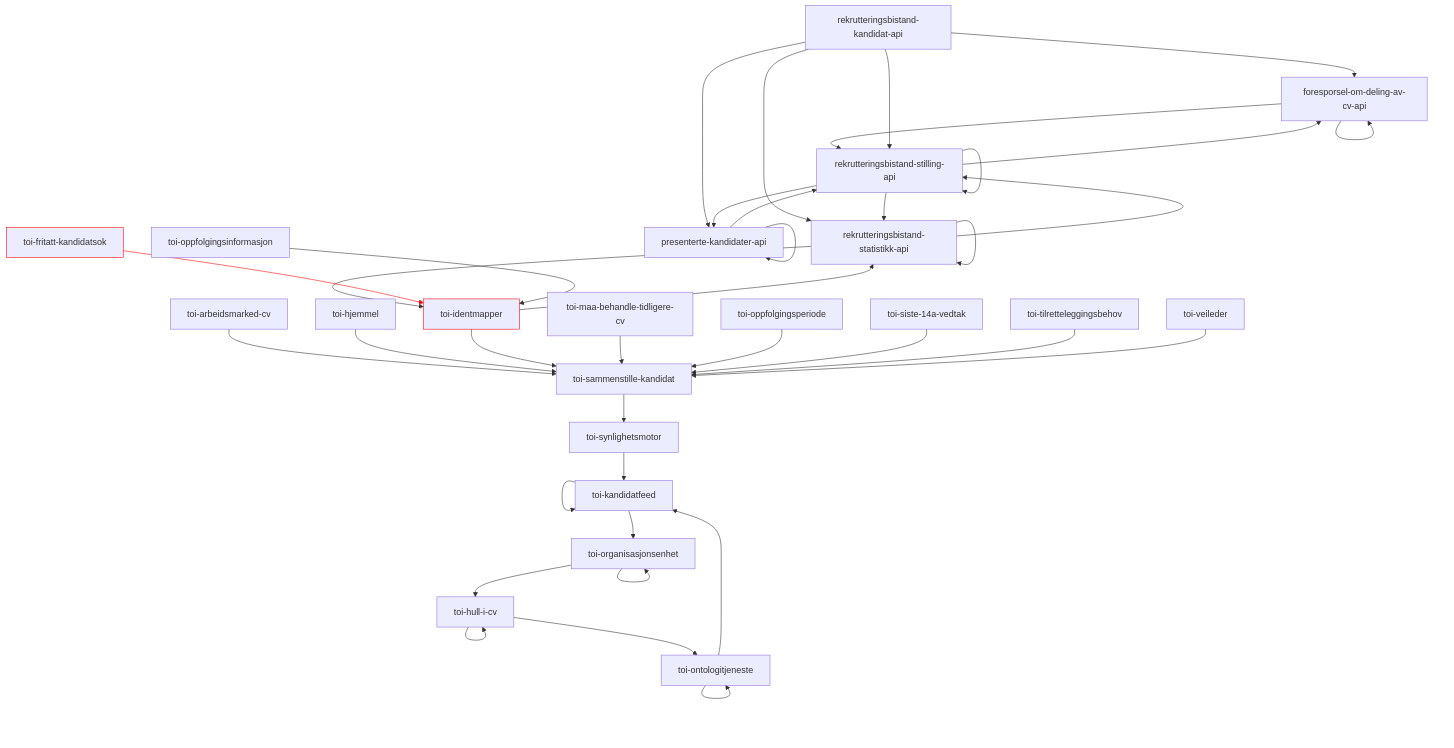
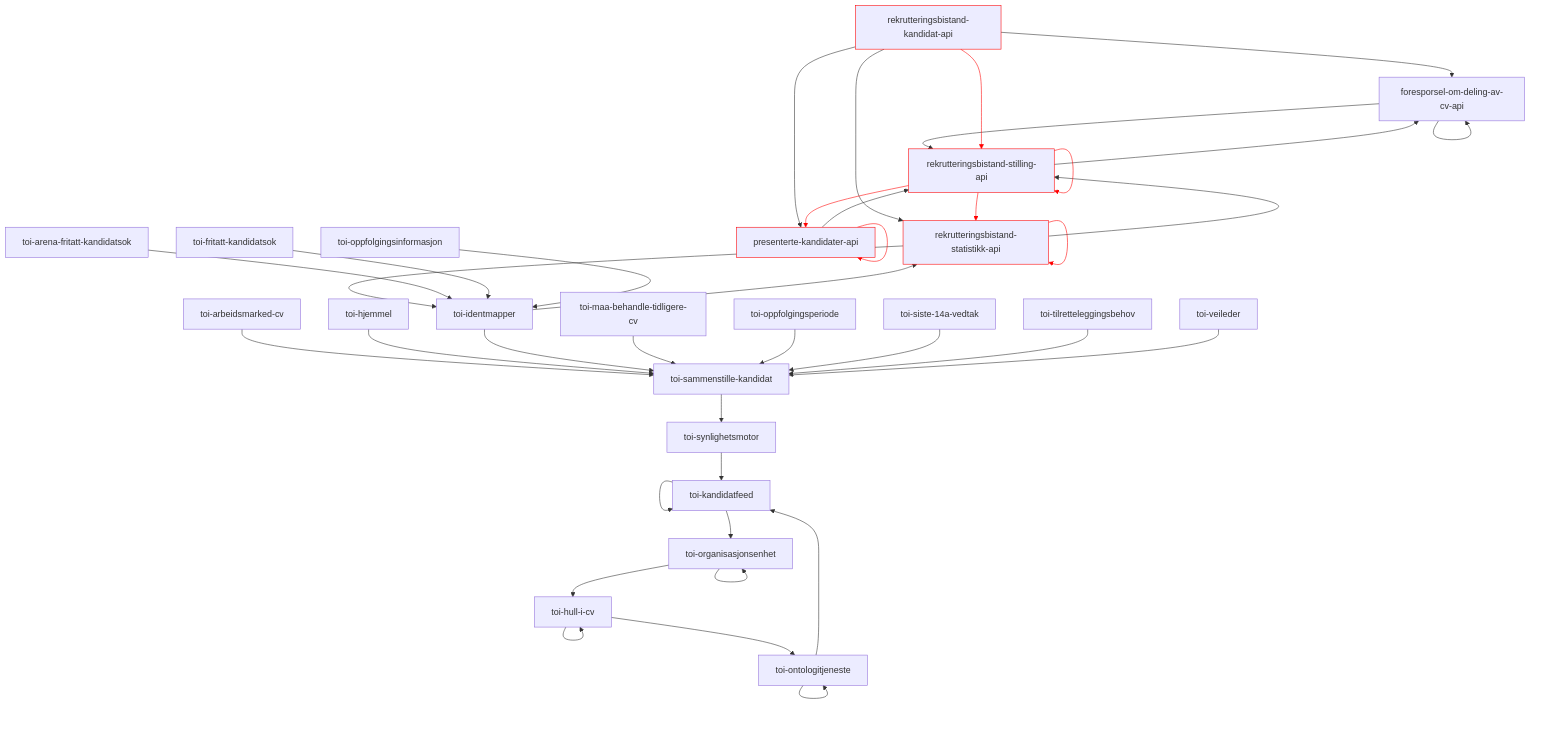
One commit to navikt/toi-rapids-and-rivers-grapher changed diagram 12 of 24 in README.md. Above: the diagram before and after it, drawn with Mermaid. The commit also changed other lines of this file, not shown here.

````diff
--- a/README.md
+++ b/README.md
@@ -503,42 +517,43 @@
 ```mermaid
 graph TD;
 foresporsel-om-deling-av-cv-api --> foresporsel-om-deling-av-cv-api;
 foresporsel-om-deling-av-cv-api --> rekrutteringsbistand-stilling-api;
-presenterte-kandidater-api --> presenterte-kandidater-api;
+presenterte-kandidater-api:::x --> presenterte-kandidater-api:::x;
 presenterte-kandidater-api --> rekrutteringsbistand-stilling-api;
 rekrutteringsbistand-kandidat-api --> foresporsel-om-deling-av-cv-api;
 rekrutteringsbistand-kandidat-api --> presenterte-kandidater-api;
 rekrutteringsbistand-kandidat-api --> rekrutteringsbistand-statistikk-api;
-rekrutteringsbistand-kandidat-api --> rekrutteringsbistand-stilling-api;
-rekrutteringsbistand-statistikk-api --> rekrutteringsbistand-statistikk-api;
+rekrutteringsbistand-kandidat-api:::x --> rekrutteringsbistand-stilling-api:::x;
+rekrutteringsbistand-statistikk-api:::x --> rekrutteringsbistand-statistikk-api:::x;
 rekrutteringsbistand-statistikk-api --> rekrutteringsbistand-stilling-api;
 rekrutteringsbistand-statistikk-api --> toi-identmapper;
 rekrutteringsbistand-stilling-api --> foresporsel-om-deling-av-cv-api;
-rekrutteringsbistand-stilling-api --> presenterte-kandidater-api;
-rekrutteringsbistand-stilling-api --> rekrutteringsbistand-statistikk-api;
-rekrutteringsbistand-stilling-api --> rekrutteringsbistand-stilling-api;
+rekrutteringsbistand-stilling-api:::x --> presenterte-kandidater-api:::x;
+rekrutteringsbistand-stilling-api:::x --> rekrutteringsbistand-statistikk-api:::x;
+rekrutteringsbistand-stilling-api:::x --> rekrutteringsbistand-stilling-api:::x;
 toi-arbeidsmarked-cv --> toi-sammenstille-kandidat;
-toi-fritatt-kandidatsok:::x --> toi-identmapper:::x;
+toi-arena-fritatt-kandidatsok --> toi-identmapper;
+toi-fritatt-kandidatsok --> toi-identmapper;
 toi-hjemmel --> toi-sammenstille-kandidat;
 toi-hull-i-cv --> toi-hull-i-cv;
 toi-hull-i-cv --> toi-ontologitjeneste;
 toi-identmapper --> rekrutteringsbistand-statistikk-api;
 toi-identmapper --> toi-sammenstille-kandidat;
 toi-kandidatfeed --> toi-kandidatfeed;
 toi-kandidatfeed --> toi-organisasjonsenhet;
 toi-maa-behandle-tidligere-cv --> toi-sammenstille-kandidat;
 toi-ontologitjeneste --> toi-kandidatfeed;
 toi-ontologitjeneste --> toi-ontologitjeneste;
 toi-oppfolgingsinformasjon --> toi-identmapper;
 toi-oppfolgingsperiode --> toi-sammenstille-kandidat;
 toi-organisasjonsenhet --> toi-hull-i-cv;
 toi-organisasjonsenhet --> toi-organisasjonsenhet;
 toi-sammenstille-kandidat --> toi-synlighetsmotor;
 toi-siste-14a-vedtak --> toi-sammenstille-kandidat;
 toi-synlighetsmotor --> toi-kandidatfeed;
 toi-tilretteleggingsbehov --> toi-sammenstille-kandidat;
 toi-veileder --> toi-sammenstille-kandidat;
 
-linkStyle 16 stroke:red;
+linkStyle 2,7,8,12,13,14 stroke:red;
 classDef x stroke: red;
 ```
````
